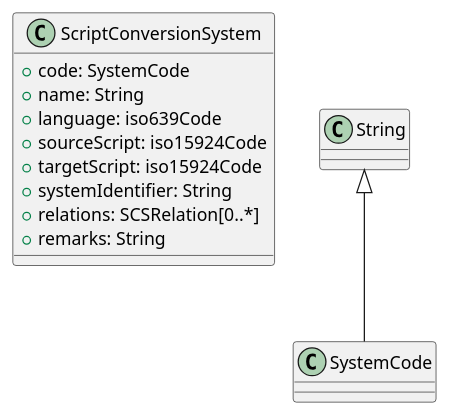
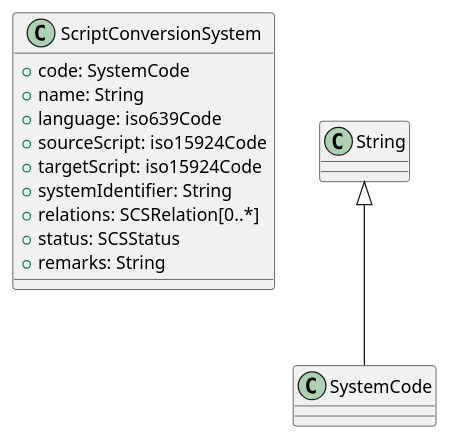
Before and after one commit to CalConnect/csd-transcription-systems: the diagram in sources/models/system.wsd, drawn with PlantUML. The commit also changed 2 other files, not shown here.

```diff
--- a/sources/models/system.wsd
+++ b/sources/models/system.wsd
@@ -1,16 +1,17 @@
 
 '******* CONFIGURATION ************************************************
 class ScriptConversionSystem {
   +code: SystemCode
   +name: String
   +language: iso639Code
   +sourceScript: iso15924Code
   +targetScript: iso15924Code
   +systemIdentifier: String
   +relations: SCSRelation[0..*]
+  +status: SCSStatus
   +remarks: String
 }
 
 String <|-- SystemCode
 
 '******* CLASS RELATIONS **********************************************
```
